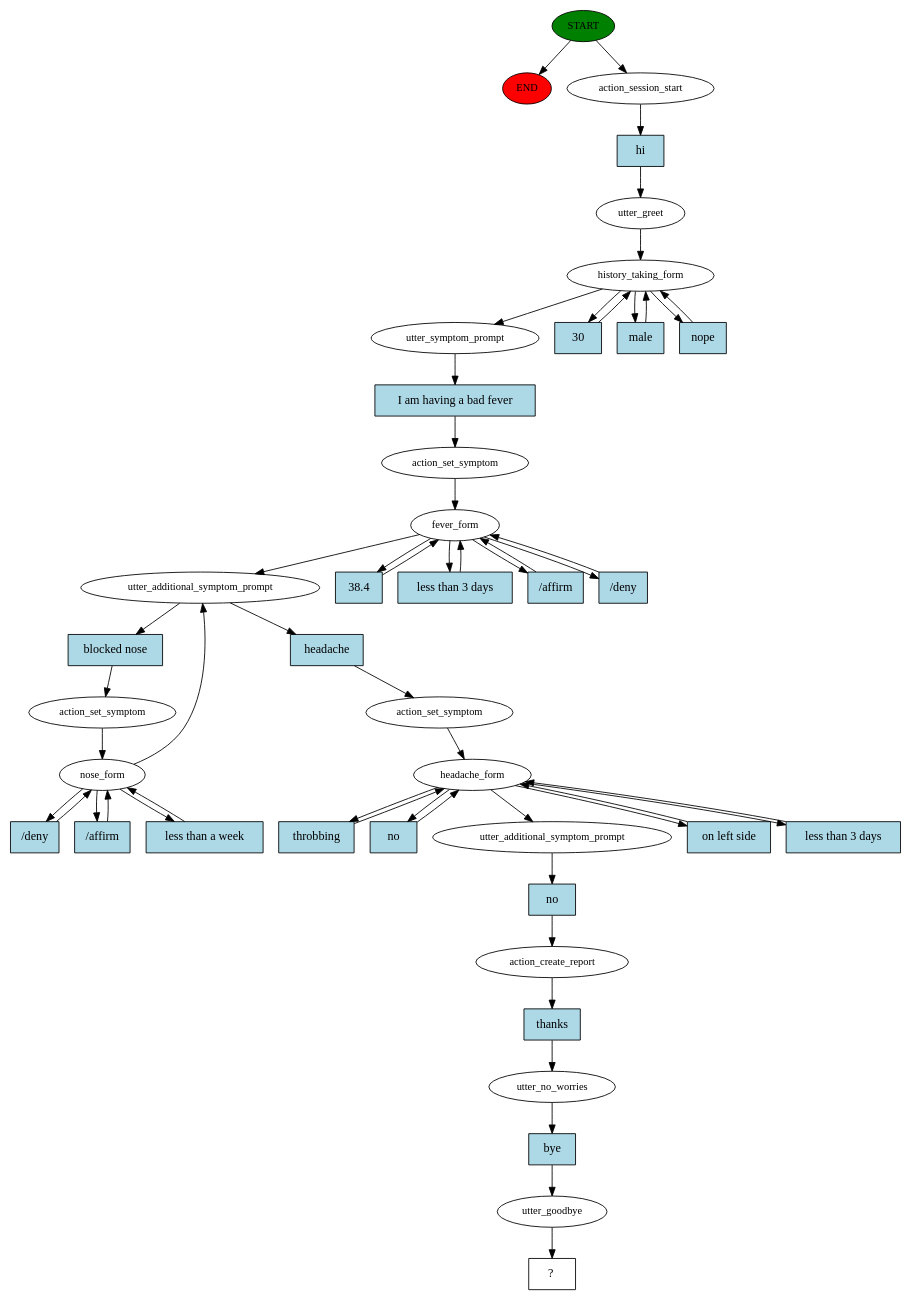
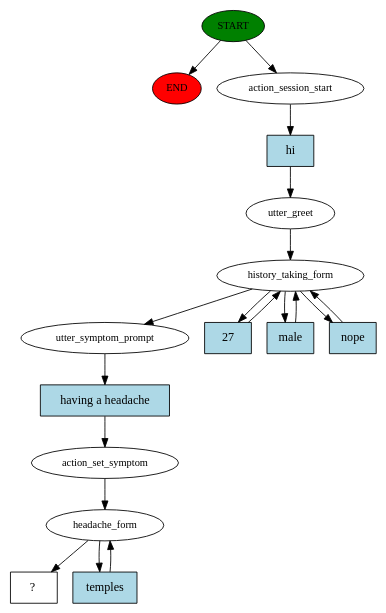
The diagram in story_graph.dot (owen-yap/rasa-cyberlife), drawn with Graphviz before and after one commit. The commit also changed 12 other files, not shown here.

```diff
--- a/story_graph.dot
+++ b/story_graph.dot
@@ -1,94 +1,35 @@
 digraph  {
 0 [class="start active", fillcolor=green, fontsize=12, label=START, style=filled];
 "-1" [class=end, fillcolor=red, fontsize=12, label=END, style=filled];
 1 [class=active, fontsize=12, label=action_session_start];
 2 [class=active, fontsize=12, label=utter_greet];
 3 [class=active, fontsize=12, label=history_taking_form];
 7 [class=active, fontsize=12, label=utter_symptom_prompt];
 8 [class=active, fontsize=12, label=action_set_symptom];
-9 [class=active, fontsize=12, label=fever_form];
-16 [class=active, fontsize=12, label=utter_additional_symptom_prompt];
-17 [class=active, fontsize=12, label=action_set_symptom];
-18 [class=active, fontsize=12, label=nose_form];
-23 [class=active, fontsize=12, label=action_set_symptom];
-24 [class=active, fontsize=12, label=headache_form];
-34 [class=active, fontsize=12, label=utter_additional_symptom_prompt];
-35 [class=active, fontsize=12, label=action_create_report];
-36 [class=active, fontsize=12, label=utter_no_worries];
-37 [class=active, fontsize=12, label=utter_goodbye];
-38 [class="intent dashed active", label="  ?  ", shape=rect];
-39 [class="intent active", fillcolor=lightblue, label=hi, shape=rect, style=filled];
-40 [class="intent active", fillcolor=lightblue, label=30, shape=rect, style=filled];
-41 [class="intent active", fillcolor=lightblue, label=male, shape=rect, style=filled];
-42 [class="intent active", fillcolor=lightblue, label=nope, shape=rect, style=filled];
-43 [class="intent active", fillcolor=lightblue, label="I am having a bad fever", shape=rect, style=filled];
-44 [class="intent active", fillcolor=lightblue, label="38.4", shape=rect, style=filled];
-45 [class="intent active", fillcolor=lightblue, label="less than 3 days", shape=rect, style=filled];
-46 [class="intent active", fillcolor=lightblue, label="/affirm", shape=rect, style=filled];
-47 [class="intent active", fillcolor=lightblue, label="/deny", shape=rect, style=filled];
-48 [class="intent active", fillcolor=lightblue, label="blocked nose", shape=rect, style=filled];
-49 [class="intent active", fillcolor=lightblue, label=headache, shape=rect, style=filled];
-50 [class="intent active", fillcolor=lightblue, label="/affirm", shape=rect, style=filled];
-51 [class="intent active", fillcolor=lightblue, label="less than a week", shape=rect, style=filled];
-52 [class="intent active", fillcolor=lightblue, label="/deny", shape=rect, style=filled];
-53 [class="intent active", fillcolor=lightblue, label="on left side", shape=rect, style=filled];
-54 [class="intent active", fillcolor=lightblue, label="less than 3 days", shape=rect, style=filled];
-55 [class="intent active", fillcolor=lightblue, label=throbbing, shape=rect, style=filled];
-56 [class="intent active", fillcolor=lightblue, label=no, shape=rect, style=filled];
-57 [class="intent active", fillcolor=lightblue, label=no, shape=rect, style=filled];
-58 [class="intent active", fillcolor=lightblue, label=thanks, shape=rect, style=filled];
-59 [class="intent active", fillcolor=lightblue, label=bye, shape=rect, style=filled];
+9 [class=active, fontsize=12, label=headache_form];
+11 [class="intent dashed active", label="  ?  ", shape=rect];
+12 [class="intent active", fillcolor=lightblue, label=hi, shape=rect, style=filled];
+13 [class="intent active", fillcolor=lightblue, label=27, shape=rect, style=filled];
+14 [class="intent active", fillcolor=lightblue, label=male, shape=rect, style=filled];
+15 [class="intent active", fillcolor=lightblue, label=nope, shape=rect, style=filled];
+16 [class="intent active", fillcolor=lightblue, label="having a headache", shape=rect, style=filled];
+17 [class="intent active", fillcolor=lightblue, label=temples, shape=rect, style=filled];
 0 -> "-1"  [class="", key=NONE, label=""];
 0 -> 1  [class=active, key=NONE, label=""];
-1 -> 39  [class=active, key=0];
+1 -> 12  [class=active, key=0];
 2 -> 3  [class=active, key=NONE, label=""];
 3 -> 7  [class=active, key=NONE, label=""];
-3 -> 40  [class=active, key=0];
-3 -> 41  [class=active, key=0];
-3 -> 42  [class=active, key=0];
-7 -> 43  [class=active, key=0];
+3 -> 13  [class=active, key=0];
+3 -> 14  [class=active, key=0];
+3 -> 15  [class=active, key=0];
+7 -> 16  [class=active, key=0];
 8 -> 9  [class=active, key=NONE, label=""];
-9 -> 16  [class=active, key=NONE, label=""];
-9 -> 44  [class=active, key=0];
-9 -> 45  [class=active, key=0];
-9 -> 46  [class=active, key=0];
-9 -> 47  [class=active, key=0];
-16 -> 48  [class=active, key=0];
-16 -> 49  [class=active, key=0];
-17 -> 18  [class=active, key=NONE, label=""];
-18 -> 16  [class=active, key=NONE, label=""];
-18 -> 50  [class=active, key=0];
-18 -> 51  [class=active, key=0];
-18 -> 52  [class=active, key=0];
-23 -> 24  [class=active, key=NONE, label=""];
-24 -> 34  [class=active, key=NONE, label=""];
-24 -> 53  [class=active, key=0];
-24 -> 54  [class=active, key=0];
-24 -> 55  [class=active, key=0];
-24 -> 56  [class=active, key=0];
-34 -> 57  [class=active, key=0];
-35 -> 58  [class=active, key=0];
-36 -> 59  [class=active, key=0];
-37 -> 38  [class=active, key=NONE, label=""];
-39 -> 2  [class=active, key=0];
-40 -> 3  [class=active, key=0];
-41 -> 3  [class=active, key=0];
-42 -> 3  [class=active, key=0];
-43 -> 8  [class=active, key=0];
-44 -> 9  [class=active, key=0];
-45 -> 9  [class=active, key=0];
-46 -> 9  [class=active, key=0];
-47 -> 9  [class=active, key=0];
-48 -> 17  [class=active, key=0];
-49 -> 23  [class=active, key=0];
-50 -> 18  [class=active, key=0];
-51 -> 18  [class=active, key=0];
-52 -> 18  [class=active, key=0];
-53 -> 24  [class=active, key=0];
-54 -> 24  [class=active, key=0];
-55 -> 24  [class=active, key=0];
-56 -> 24  [class=active, key=0];
-57 -> 35  [class=active, key=0];
-58 -> 36  [class=active, key=0];
-59 -> 37  [class=active, key=0];
+9 -> 11  [class=active, key=NONE, label=""];
+9 -> 17  [class=active, key=0];
+12 -> 2  [class=active, key=0];
+13 -> 3  [class=active, key=0];
+14 -> 3  [class=active, key=0];
+15 -> 3  [class=active, key=0];
+16 -> 8  [class=active, key=0];
+17 -> 9  [class=active, key=0];
 }
```
